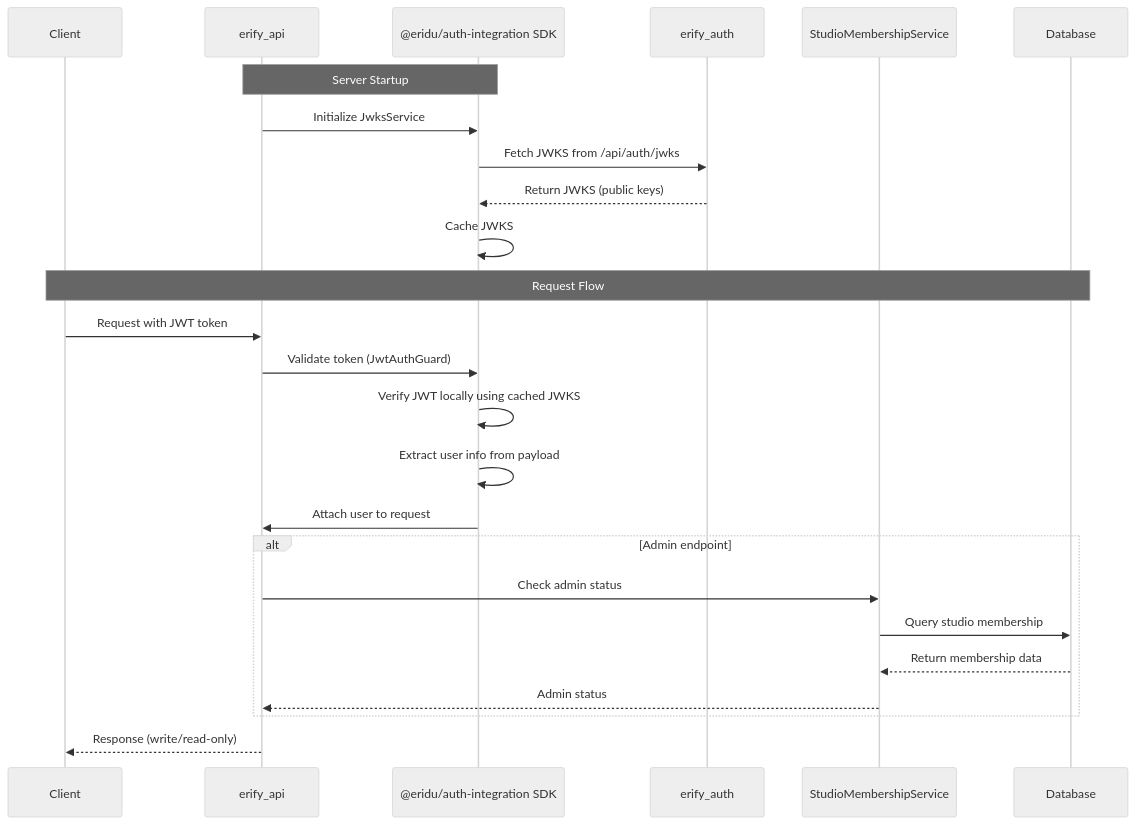
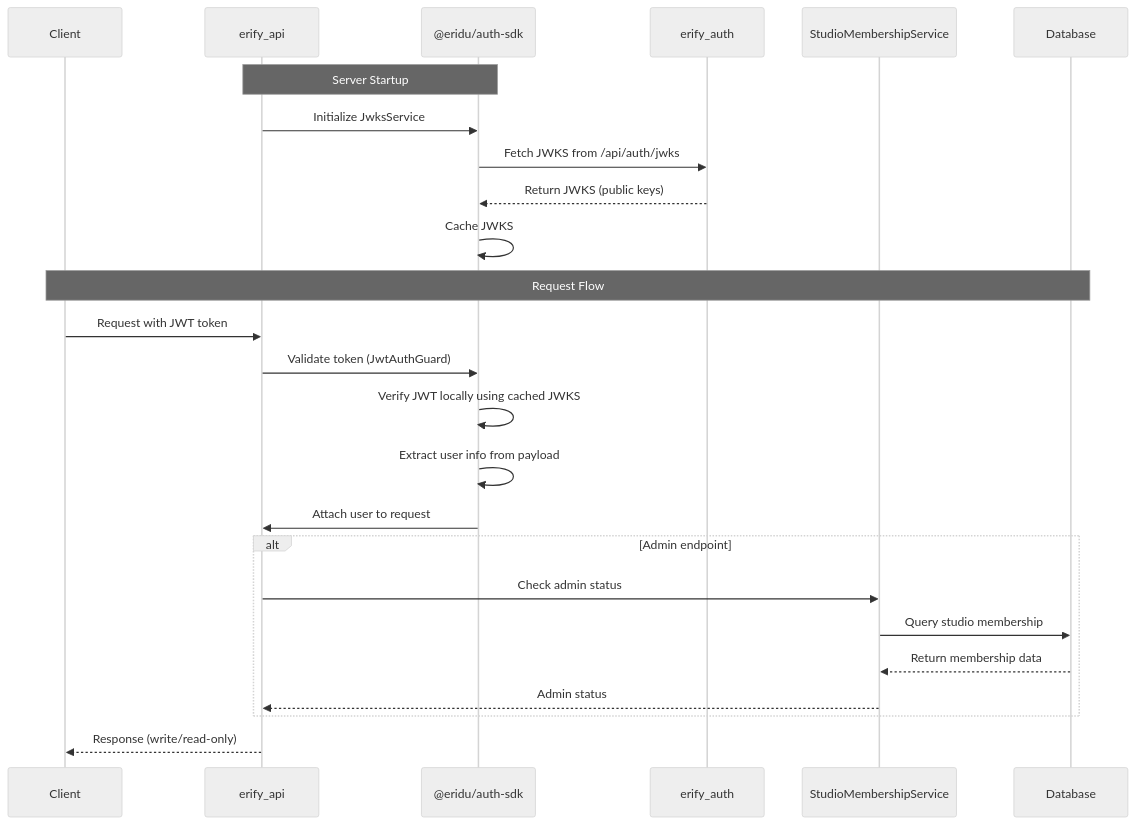
Before and after one commit to allenlin90/eridu-services: the diagram in apps/erify_api/docs/AUTHENTICATION_GUIDE.md, drawn with Mermaid (neutral theme). The commit also changed other lines of this file and 176 other files, not shown here.

````diff
--- a/apps/erify_api/docs/AUTHENTICATION_GUIDE.md
+++ b/apps/erify_api/docs/AUTHENTICATION_GUIDE.md
@@ -19,29 +19,29 @@
 ```mermaid
 sequenceDiagram
     participant Client
     participant API as erify_api
-    participant SDK as @eridu/auth-integration SDK
+    participant SDK as @eridu/auth-sdk
     participant Auth as erify_auth
     participant StudioMembershipService
     participant Database
     
     Note over API,SDK: Server Startup
     API->>SDK: Initialize JwksService
     SDK->>Auth: Fetch JWKS from /api/auth/jwks
     Auth-->>SDK: Return JWKS (public keys)
     SDK->>SDK: Cache JWKS
     
     Note over Client,Database: Request Flow
     Client->>API: Request with JWT token
     API->>SDK: Validate token (JwtAuthGuard)
     SDK->>SDK: Verify JWT locally using cached JWKS
     SDK->>SDK: Extract user info from payload
     SDK->>API: Attach user to request
     alt Admin endpoint
         API->>StudioMembershipService: Check admin status
         StudioMembershipService->>Database: Query studio membership
         Database-->>StudioMembershipService: Return membership data
         StudioMembershipService-->>API: Admin status
     end
     API-->>Client: Response (write/read-only)
 ```
````
